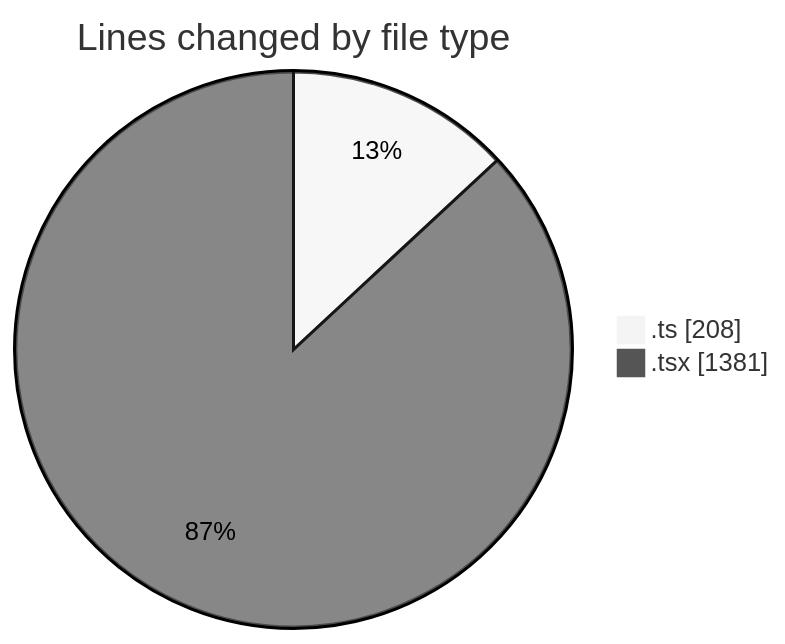
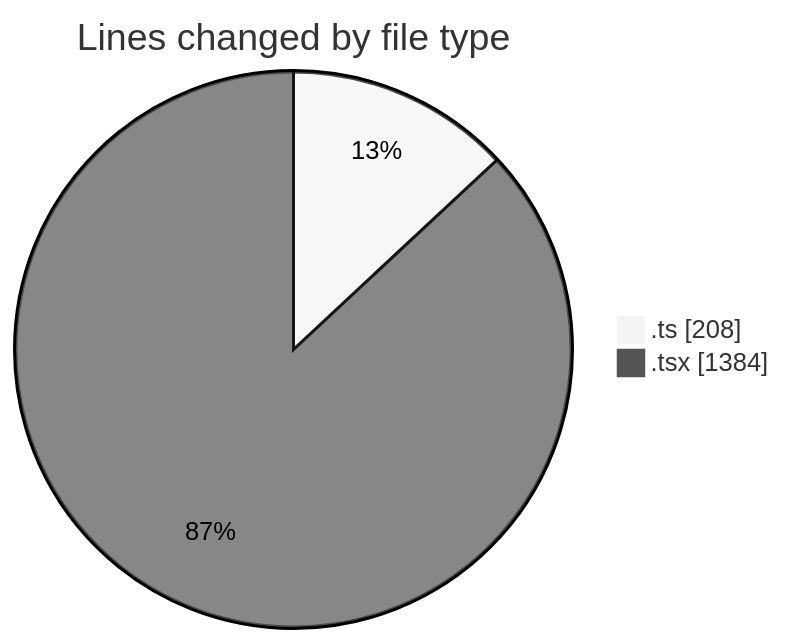
One commit to robertbonfada/code-tracking changed the first of 2 diagrams in 2025-01-27/termonied-web/README.md. Above: the diagram before and after it, drawn with Mermaid (neutral theme). The commit also changed other lines of this file and 1 other file, not shown here.

````diff
--- a/2025-01-27/termonied-web/README.md
+++ b/2025-01-27/termonied-web/README.md
@@ -26,6 +26,6 @@
 ```mermaid
 pie showData
 title Lines changed by file type
 ".ts" : 208
-".tsx" : 1381
+".tsx" : 1384
 ```
````
